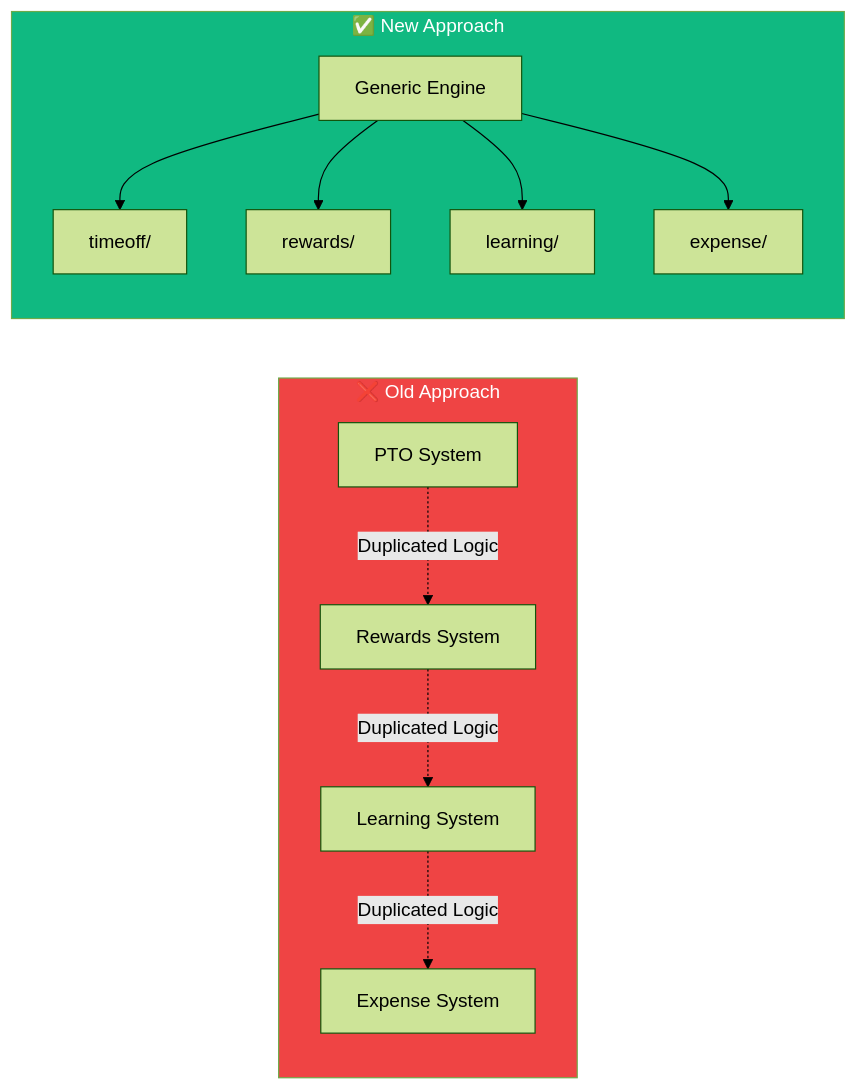
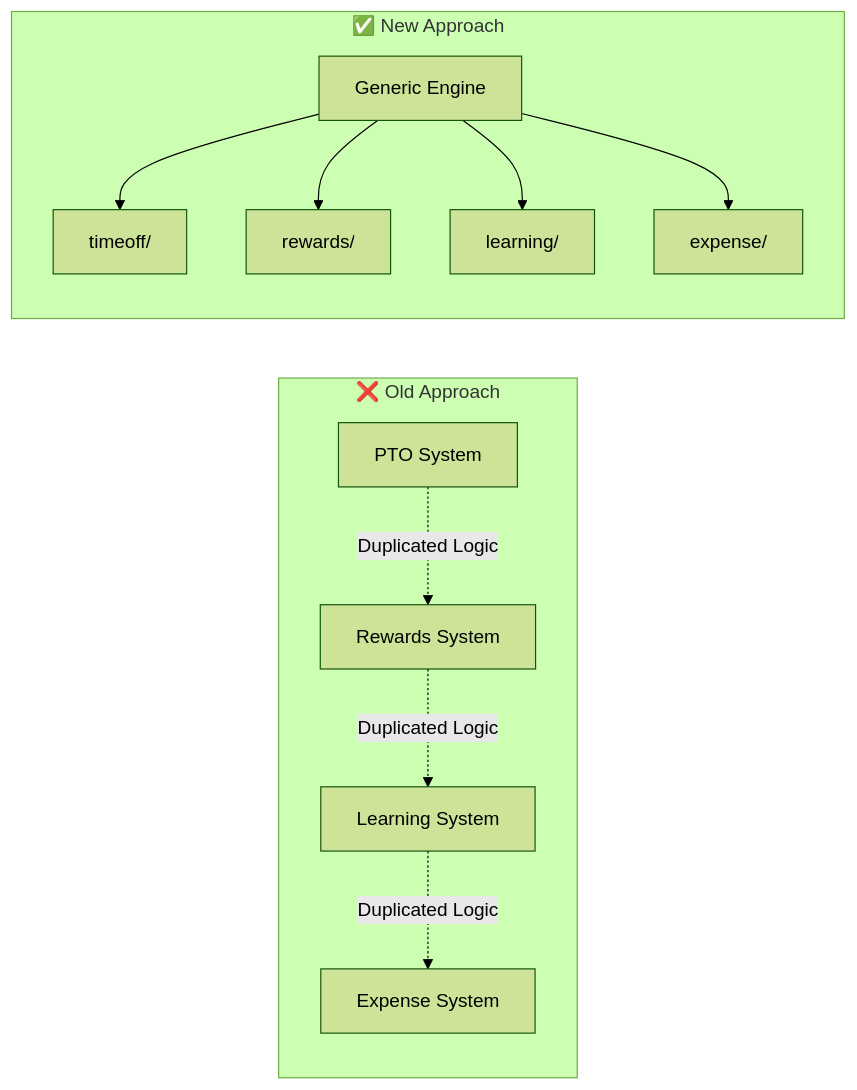
Diagram 19 of 22 in README.md (AntoineToussaint/timeoff), drawn with Mermaid (forest theme) before and after one commit. The commit also changed other lines of this file, not shown here.

First line of the commit message:
Fix Mermaid diagrams for GitHub rendering

````diff
--- a/README.md
+++ b/README.md
@@ -815,29 +768,27 @@
 ```mermaid
 graph LR
     subgraph Old["❌ Old Approach"]
         O1[PTO System]
         O2[Rewards System]
         O3[Learning System]
         O4[Expense System]
         
         O1 -.->|Duplicated Logic| O2
         O2 -.->|Duplicated Logic| O3
         O3 -.->|Duplicated Logic| O4
     end
     
     subgraph New["✅ New Approach"]
         ENGINE[Generic Engine]
         D1[timeoff/]
         D2[rewards/]
         D3[learning/]
         D4[expense/]
         
         ENGINE --> D1
         ENGINE --> D2
         ENGINE --> D3
         ENGINE --> D4
     end
     
-    style Old fill:#ef4444,color:#fff
-    style New fill:#10b981,color:#fff
 ```
````
